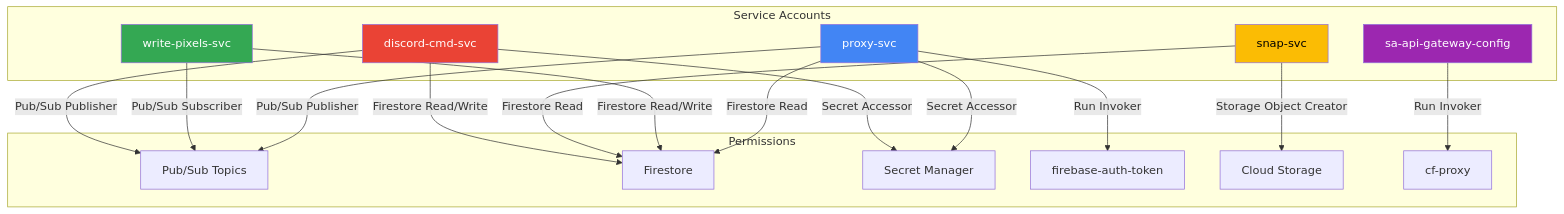
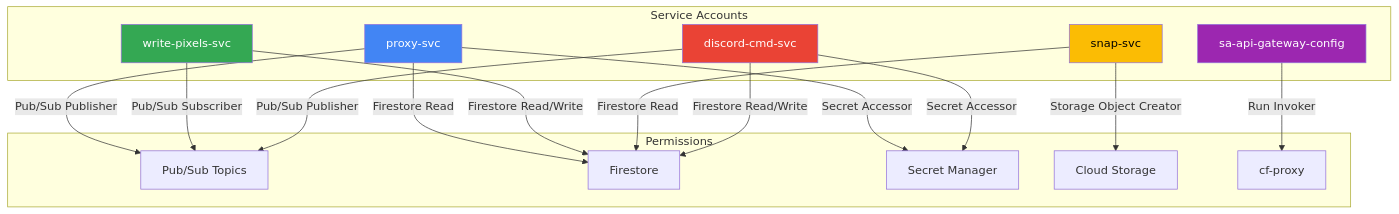
Before and after one commit to lenny-vigeon-dev/cervelet: the eighth of 8 diagrams in docs/architecture.md, drawn with Mermaid. The commit also changed other lines of this file and 3 other files, not shown here.

Commit message:
docs: remove phantom firebase-auth-token references from all documentation

````diff
--- a/docs/architecture.md
+++ b/docs/architecture.md
@@ -320,35 +311,34 @@
 ```mermaid
 graph TB
     subgraph "Service Accounts"
         SA1["proxy-svc"]
         SA2["write-pixels-svc"]
         SA3["snap-svc"]
         SA4["discord-cmd-svc"]
         SA5["sa-api-gateway-config"]
     end
 
     subgraph "Permissions"
         SA1 -->|"Pub/Sub Publisher"| PubSub["Pub/Sub Topics"]
         SA1 -->|"Firestore Read"| FS["Firestore"]
         SA1 -->|"Secret Accessor"| SM["Secret Manager"]
-        SA1 -->|"Run Invoker"| AuthSvc["firebase-auth-token"]
 
         SA2 -->|"Firestore Read/Write"| FS
         SA2 -->|"Pub/Sub Subscriber"| PubSub
 
         SA3 -->|"Firestore Read"| FS
         SA3 -->|"Storage Object Creator"| GCS["Cloud Storage"]
 
         SA4 -->|"Firestore Read/Write"| FS
         SA4 -->|"Secret Accessor"| SM
         SA4 -->|"Pub/Sub Publisher"| PubSub
 
         SA5 -->|"Run Invoker"| Proxy["cf-proxy"]
     end
 
     style SA1 fill:#4285F4,color:#fff
     style SA2 fill:#34A853,color:#fff
     style SA3 fill:#FBBC04,color:#000
     style SA4 fill:#EA4335,color:#fff
     style SA5 fill:#9C27B0,color:#fff
 ```
````
